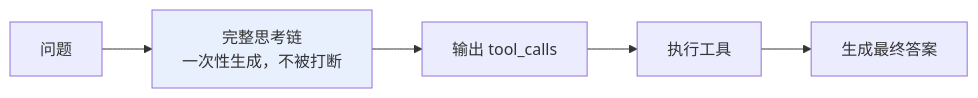
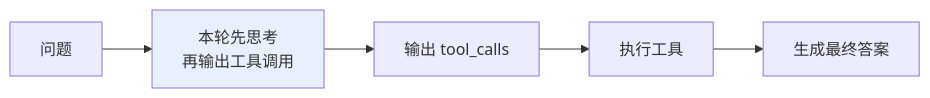
One commit to oneleaveknowsthefall/awesome-ai-roadmap changed the third of 4 diagrams in docs/tools/01-function-calling/07-reasoning-models-and-tools.md. Above: the diagram before and after it, drawn with Mermaid. The commit also changed other lines of this file and 50 other files, not shown here.

````diff
--- a/docs/tools/01-function-calling/07-reasoning-models-and-tools.md
+++ b/docs/tools/01-function-calling/07-reasoning-models-and-tools.md
@@ -98,9 +97,9 @@
 ```mermaid
 flowchart LR
-    Q[问题] --> T["完整思考链<br/>一次性生成，不被打断"]
+    Q[问题] --> T["本轮先思考<br/>再输出工具调用"]
     T --> TC[输出 tool_calls]
     TC --> EX[执行工具]
     EX --> A[生成最终答案]
 
     style T fill:#e8f0fe
 ```
````
